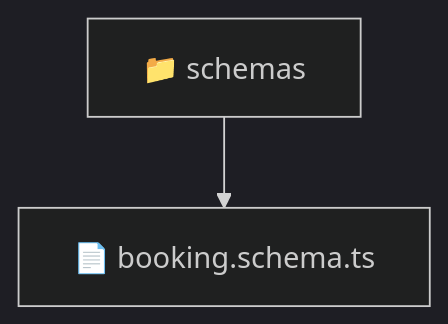
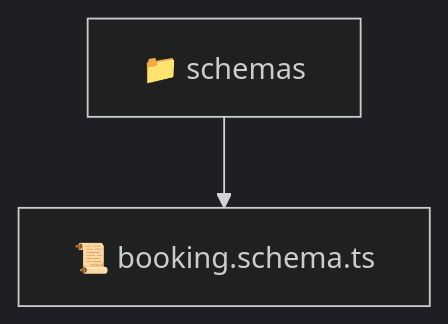
The diagram in backend/src/modules/booking/infrastructure/schemas/README.md (beginwebdev2002/fullstack-mavluda), drawn with Mermaid (dark theme) before and after one commit. The commit also changed other lines of this file and 163 other files, not shown here.

````diff
--- a/backend/src/modules/booking/infrastructure/schemas/README.md
+++ b/backend/src/modules/booking/infrastructure/schemas/README.md
@@ -9,5 +9,5 @@
 ```mermaid
 graph TD
-  Root["📁 schemas"]
-  Root --> booking_schema_ts["📄 booking.schema.ts"]
+  schemas["📁 schemas"]
+  schemas --> booking_schema_ts["📜 booking.schema.ts"]
 ```
````
